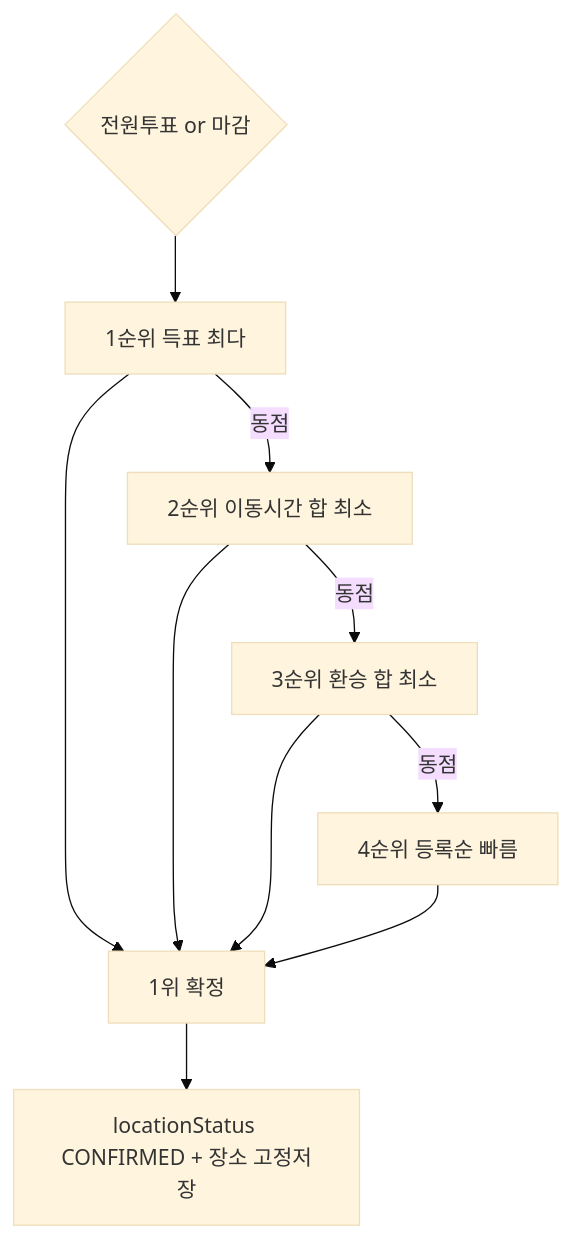
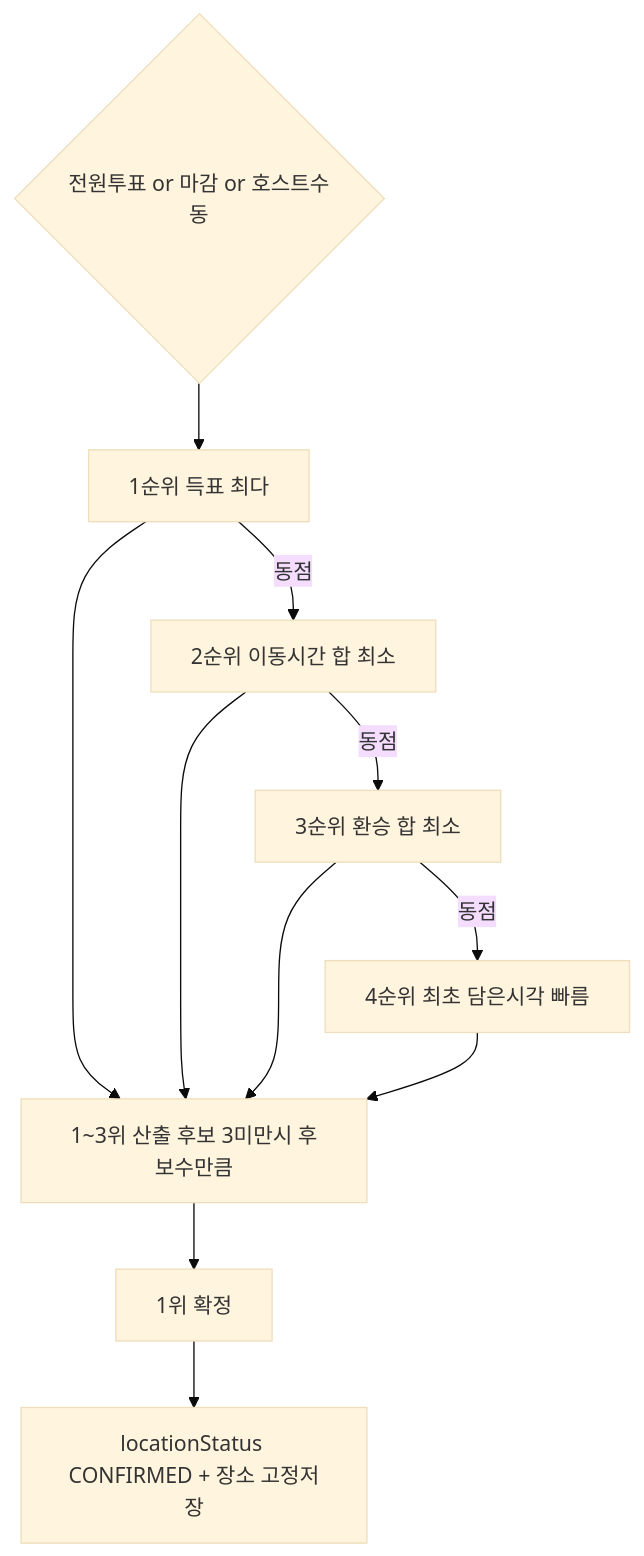
The diagram in aidlc-docs/construction/review/fc13/flow.md (DDD-Community/DDD-13-IOS2-Server), drawn with Mermaid (base theme) before and after one commit. The commit also changed other lines of this file and 16 other files, not shown here.

````diff
--- a/aidlc-docs/construction/review/fc13/flow.md
+++ b/aidlc-docs/construction/review/fc13/flow.md
@@ -3,12 +3,13 @@
 ```mermaid
 flowchart TD
-    T{전원투표 or 마감} --> R1[1순위 득표 최다]
+    T{전원투표 or 마감 or 호스트수동} --> R1[1순위 득표 최다]
     R1 -->|동점| R2[2순위 이동시간 합 최소]
     R2 -->|동점| R3[3순위 환승 합 최소]
-    R3 -->|동점| R4[4순위 등록순 빠름]
-    R1 --> SAVE[1위 확정]
-    R2 --> SAVE
-    R3 --> SAVE
-    R4 --> SAVE
+    R3 -->|동점| R4[4순위 최초 담은시각 빠름]
+    R1 --> RANK[1~3위 산출 후보 3미만시 후보수만큼]
+    R2 --> RANK
+    R3 --> RANK
+    R4 --> RANK
+    RANK --> SAVE[1위 확정]
     SAVE --> ST[locationStatus CONFIRMED + 장소 고정저장]
 ```
````
